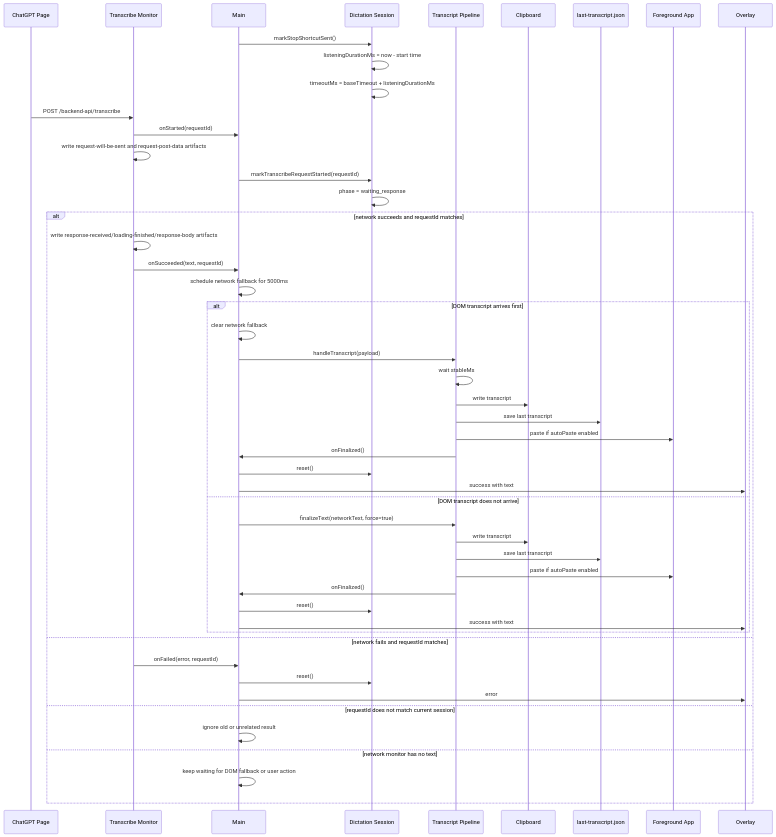
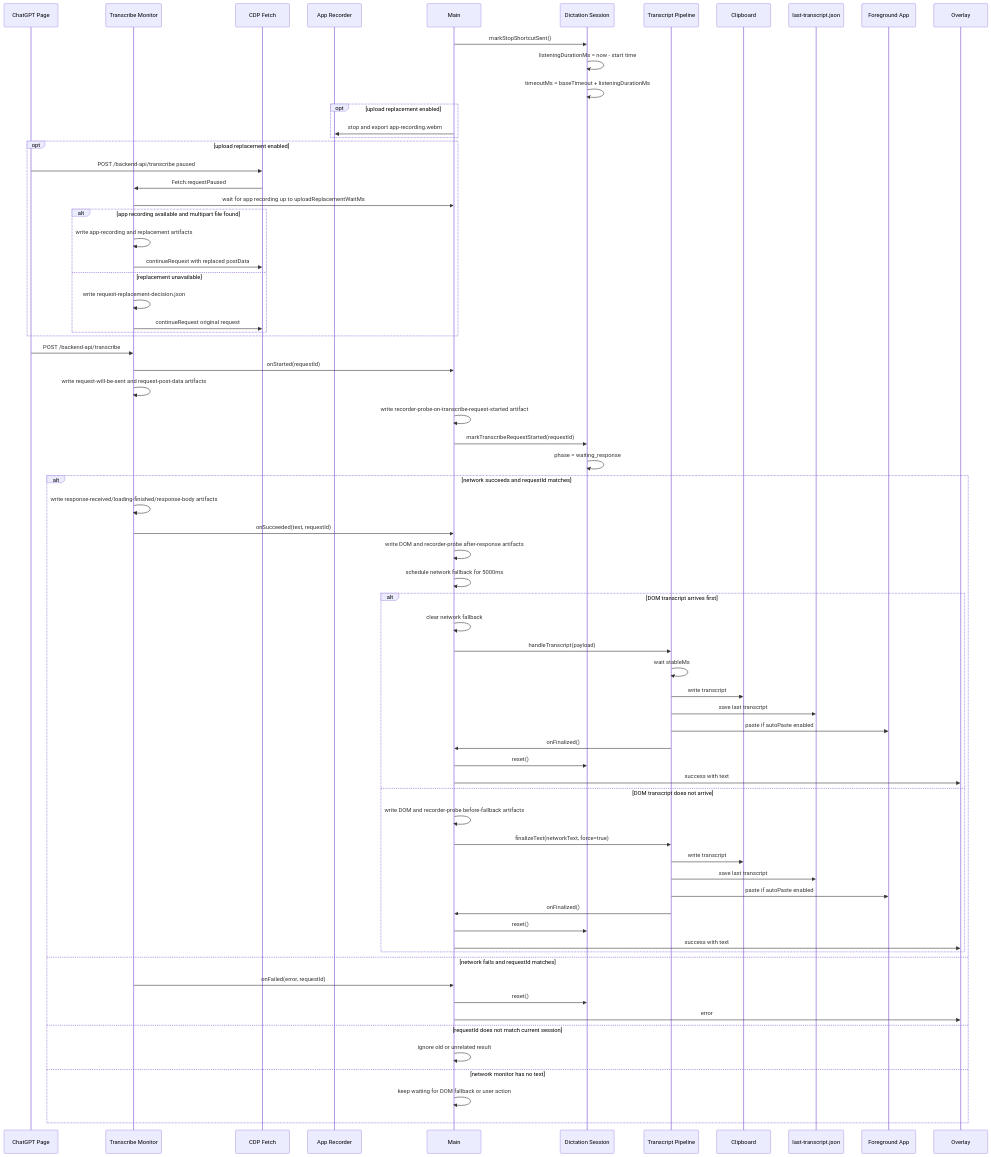
Before and after one commit to AKAazure/Dandelion: the fourth of 5 diagrams in .chat/2026-06-06-general-stt-current-flow.md, drawn with Mermaid. The commit also changed other lines of this file and 33 other files, not shown here.

First line of the commit message:
Add app-side recorder and upload replacement

````diff
--- a/.chat/2026-06-06-general-stt-current-flow.md
+++ b/.chat/2026-06-06-general-stt-current-flow.md
@@ -150,54 +169,74 @@
 ```mermaid
 sequenceDiagram
   participant Page as ChatGPT Page
   participant Monitor as Transcribe Monitor
+  participant Fetch as CDP Fetch
+  participant Recorder as App Recorder
   participant Main
   participant Session as Dictation Session
   participant Pipeline as Transcript Pipeline
   participant Clipboard
   participant Disk as last-transcript.json
   participant Target as Foreground App
   participant Overlay
 
   Main->>Session: markStopShortcutSent()
   Session->>Session: listeningDurationMs = now - start time
   Session->>Session: timeoutMs = baseTimeout + listeningDurationMs
+  opt upload replacement enabled
+    Main->>Recorder: stop and export app-recording.webm
+  end
+  opt upload replacement enabled
+    Page->>Fetch: POST /backend-api/transcribe paused
+    Fetch->>Monitor: Fetch.requestPaused
+    Monitor->>Main: wait for app recording up to uploadReplacementWaitMs
+    alt app recording available and multipart file found
+      Monitor->>Monitor: write app-recording and replacement artifacts
+      Monitor->>Fetch: continueRequest with replaced postData
+    else replacement unavailable
+      Monitor->>Monitor: write request-replacement-decision.json
+      Monitor->>Fetch: continueRequest original request
+    end
+  end
   Page->>Monitor: POST /backend-api/transcribe
   Monitor->>Main: onStarted(requestId)
   Monitor->>Monitor: write request-will-be-sent and request-post-data artifacts
+  Main->>Main: write recorder-probe-on-transcribe-request-started artifact
   Main->>Session: markTranscribeRequestStarted(requestId)
   Session->>Session: phase = waiting_response
 
   alt network succeeds and requestId matches
     Monitor->>Monitor: write response-received/loading-finished/response-body artifacts
     Monitor->>Main: onSucceeded(text, requestId)
+    Main->>Main: write DOM and recorder-probe after-response artifacts
     Main->>Main: schedule network fallback for 5000ms
     alt DOM transcript arrives first
       Main->>Main: clear network fallback
       Main->>Pipeline: handleTranscript(payload)
       Pipeline->>Pipeline: wait stableMs
       Pipeline->>Clipboard: write transcript
       Pipeline->>Disk: save last transcript
       Pipeline->>Target: paste if autoPaste enabled
       Pipeline->>Main: onFinalized()
       Main->>Session: reset()
       Main->>Overlay: success with text
     else DOM transcript does not arrive
+      Main->>Main: write DOM and recorder-probe before-fallback artifacts
       Main->>Pipeline: finalizeText(networkText, force=true)
       Pipeline->>Clipboard: write transcript
       Pipeline->>Disk: save last transcript
       Pipeline->>Target: paste if autoPaste enabled
       Pipeline->>Main: onFinalized()
       Main->>Session: reset()
       Main->>Overlay: success with text
     end
   else network fails and requestId matches
     Monitor->>Main: onFailed(error, requestId)
     Main->>Session: reset()
     Main->>Overlay: error
   else requestId does not match current session
     Main->>Main: ignore old or unrelated result
   else network monitor has no text
     Main->>Main: keep waiting for DOM fallback or user action
   end
 ```
````
